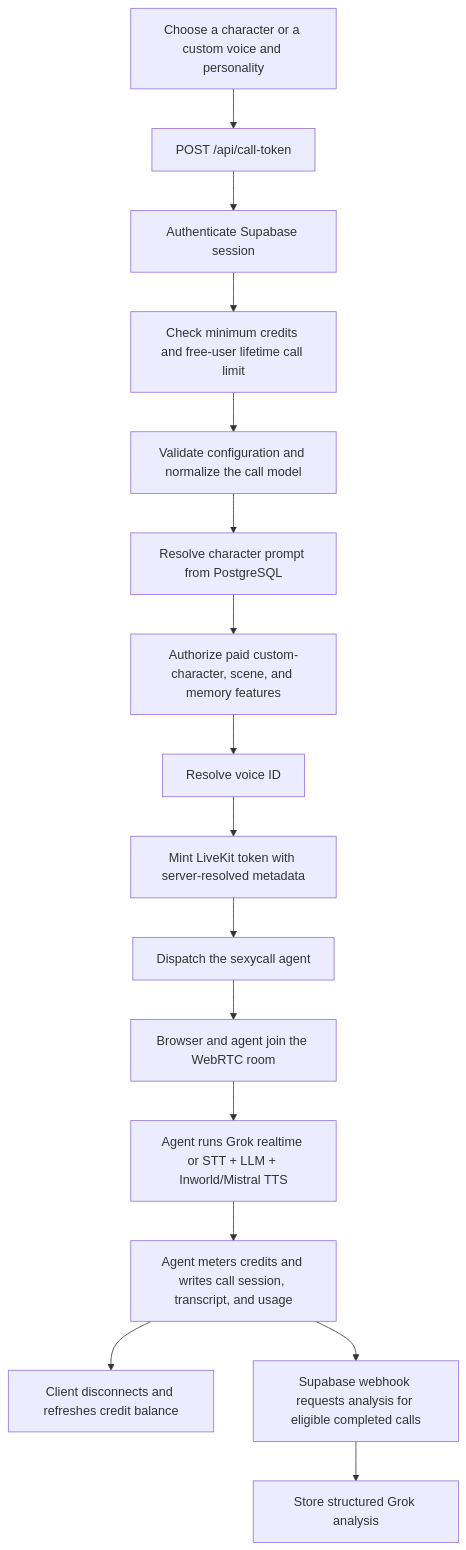
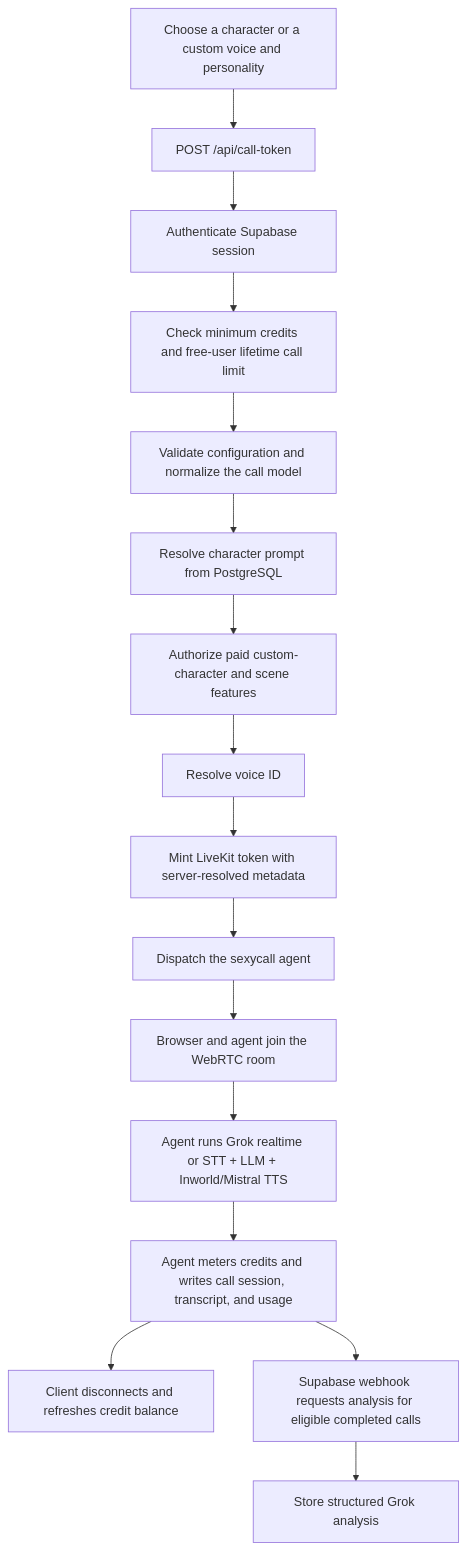
The fifth of 5 diagrams in ARCHITECTURE.md (gianpaj/sexyvoice), drawn with Mermaid before and after one commit. The commit also changed other lines of this file and 20 other files, not shown here.

````diff
--- a/ARCHITECTURE.md
+++ b/ARCHITECTURE.md
@@ -405,18 +405,18 @@
 ```mermaid
 flowchart TD
     A["Choose a character or a custom voice and personality"] --> B["POST /api/call-token"]
     B --> C["Authenticate Supabase session"]
     C --> D["Check minimum credits and free-user lifetime call limit"]
     D --> E["Validate configuration and normalize the call model"]
     E --> F["Resolve character prompt from PostgreSQL"]
-    F --> G["Authorize paid custom-character, scene, and memory features"]
+    F --> G["Authorize paid custom-character and scene features"]
     G --> H["Resolve voice ID"]
     H --> I["Mint LiveKit token with server-resolved metadata"]
     I --> J["Dispatch the sexycall agent"]
     J --> K["Browser and agent join the WebRTC room"]
     K --> L["Agent runs Grok realtime or STT + LLM + Inworld/Mistral TTS"]
     L --> M["Agent meters credits and writes call session, transcript, and usage"]
     M --> N["Client disconnects and refreshes credit balance"]
     M --> O["Supabase webhook requests analysis for eligible completed calls"]
     O --> P["Store structured Grok analysis"]
 ```
````
